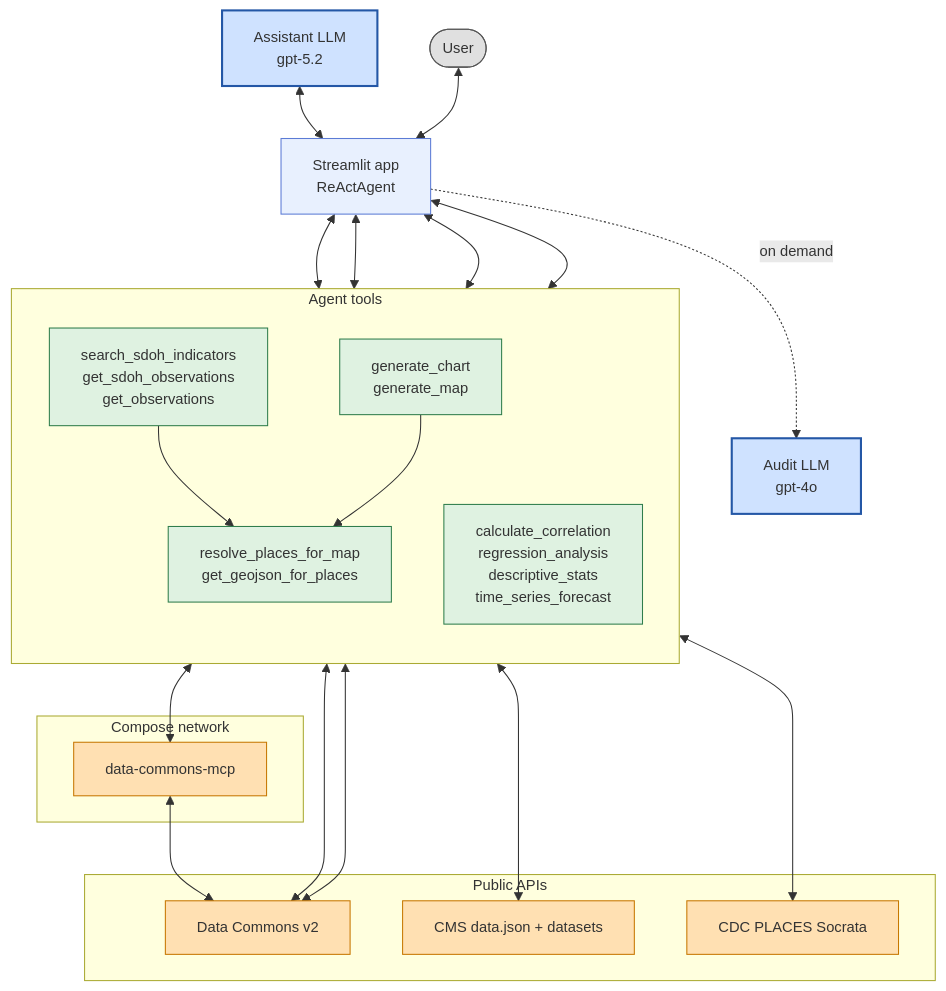
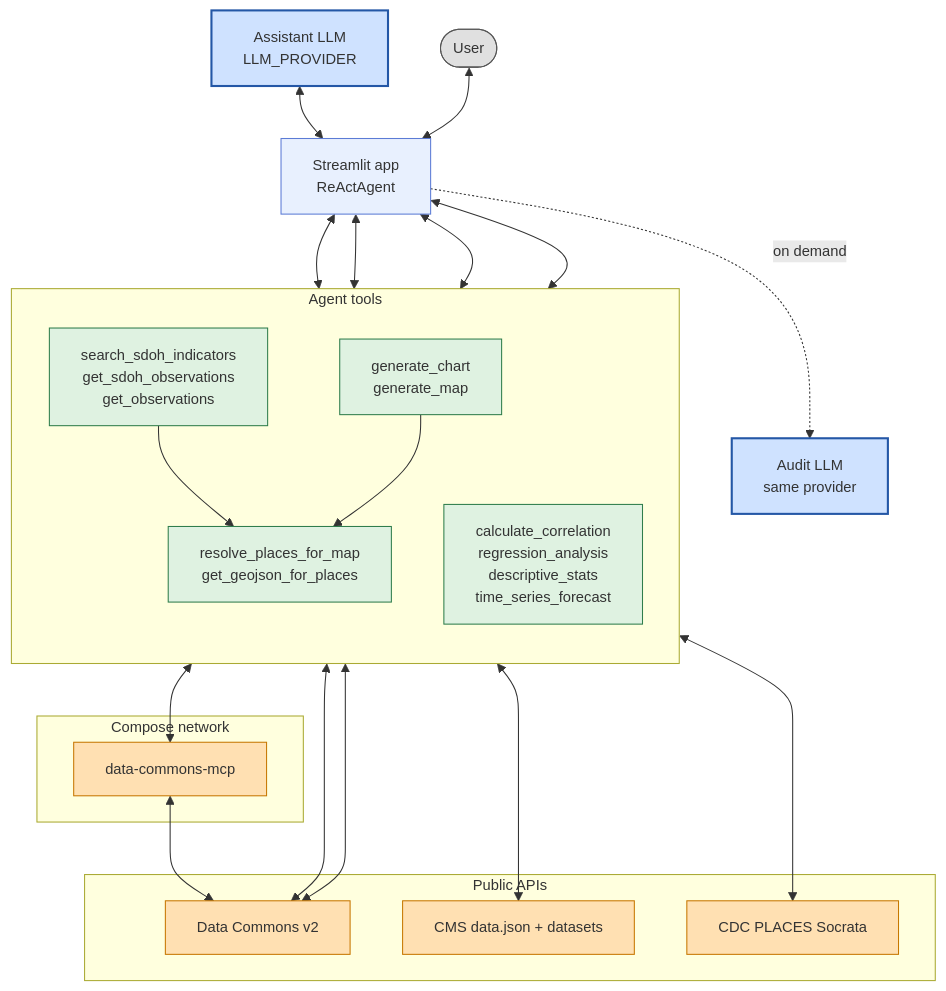
The second of 2 diagrams in documentation/architecture.md (SocialHealthAI/SDoH-Public-Data-Assistant), drawn with Mermaid before and after one commit. The commit also changed other lines of this file and 134 other files, not shown here.

````diff
--- a/documentation/architecture.md
+++ b/documentation/architecture.md
@@ -39,65 +39,65 @@
 ```mermaid
 %%{init: {
   "themeVariables": {
     "fontSize": "14px",
     "nodeSpacing": 28,
     "rankSpacing": 50
   }
 }}%%
 graph TB
 
-AssistantLLM["Assistant LLM<br/>gpt-5.2"]
+AssistantLLM["Assistant LLM<br/>LLM_PROVIDER"]
 App["Streamlit app<br/>ReActAgent"]
-AuditLLM["Audit LLM<br/>gpt-4o"]
+AuditLLM["Audit LLM<br/>same provider"]
 
 AssistantLLM <--> App
 App -.->|"on demand"| AuditLLM
 
 User(["User"])
 User <--> App
 
 subgraph Tools["Agent tools"]
   direction TB
   SearchObs["search_sdoh_indicators<br/>get_sdoh_observations<br/>get_observations"]
   PlacesGeo["resolve_places_for_map<br/>get_geojson_for_places"]
   Stats["calculate_correlation<br/>regression_analysis<br/>descriptive_stats<br/>time_series_forecast"]
   Viz["generate_chart<br/>generate_map"]
 end
 
 App <--> SearchObs
 App <--> PlacesGeo
 App <--> Stats
 App <--> Viz
 
 subgraph Local["Compose network"]
   MCPNode["data-commons-mcp"]
 end
 
 subgraph External["Public APIs"]
   DCAPI2["Data Commons v2"]
   CMSAPI["CMS data.json + datasets"]
   PLACESAPI["CDC PLACES Socrata"]
 end
 
 SearchObs <--> MCPNode
 SearchObs <--> CMSAPI
 SearchObs <--> PLACESAPI
 SearchObs <--> DCAPI2
 PlacesGeo <--> DCAPI2
 SearchObs --> PlacesGeo
 Viz --> PlacesGeo
 
 MCPNode <--> DCAPI2
 
 classDef user fill:#E0E0E0,stroke:#555,stroke-width:1px;
 classDef app fill:#E8F0FE,stroke:#5B7BD5,stroke-width:1px;
 classDef llm fill:#CFE2FF,stroke:#2457A6,stroke-width:2px;
 classDef tools fill:#DFF2E1,stroke:#2F7D4C,stroke-width:1px;
 classDef data fill:#FFE0B2,stroke:#C77700,stroke-width:1px;
 
 class User user;
 class App app;
 class AssistantLLM,AuditLLM llm;
 class SearchObs,PlacesGeo,Stats,Viz tools;
 class MCPNode,DCAPI2,CMSAPI,PLACESAPI data;
 ```
````
